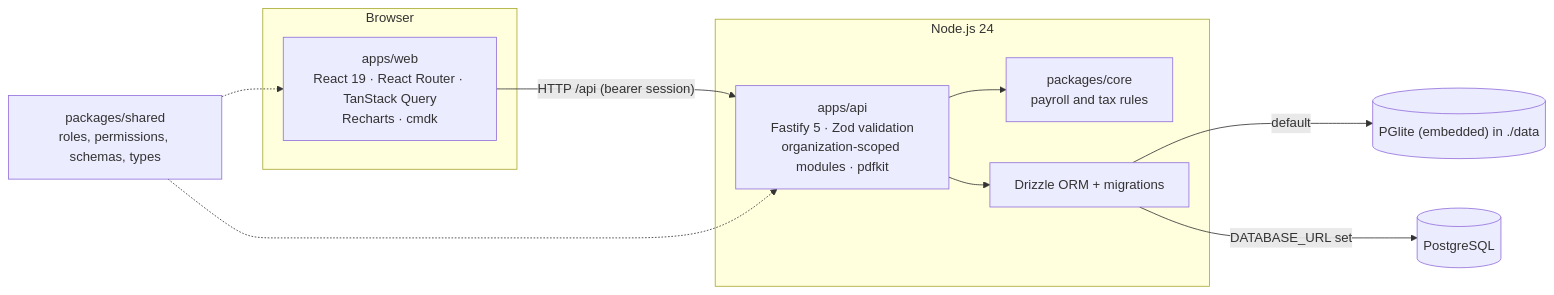
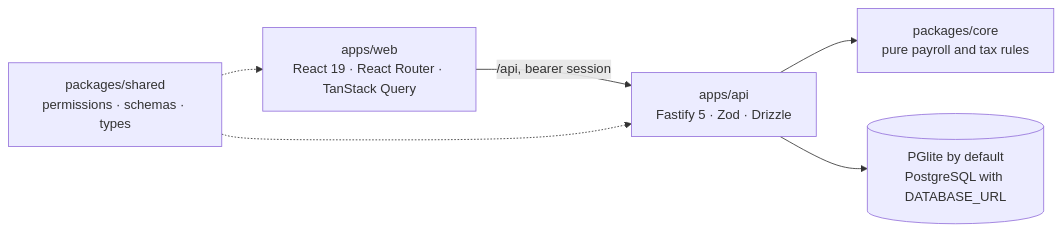
Before and after one commit to mehulp007/PayFlow: the diagram in README.md, drawn with Mermaid. The commit also changed other lines of this file and 7 other files, not shown here.

Commit message:
docs: architecture walkthrough, final README and screenshots

````diff
--- a/README.md
+++ b/README.md
@@ -141,19 +122,8 @@
 ```mermaid
 flowchart LR
-  subgraph Browser
-    Web["apps/web<br/>React 19 · React Router · TanStack Query<br/>Recharts · cmdk"]
-  end
-  subgraph Node["Node.js 24"]
-    API["apps/api<br/>Fastify 5 · Zod validation<br/>organization-scoped modules · pdfkit"]
-    Core["packages/core<br/>payroll and tax rules"]
-    DB["Drizzle ORM + migrations"]
-  end
-  Shared["packages/shared<br/>roles, permissions, schemas, types"]
-  Web -->|"HTTP /api (bearer session)"| API
-  API --> Core
-  API --> DB
-  DB -->|"default"| PGlite[("PGlite (embedded) in ./data")]
-  DB -->|"DATABASE_URL set"| PG[("PostgreSQL")]
-  Shared -.-> Web
+  Web["apps/web<br/>React 19 · React Router · TanStack Query"] -->|"/api, bearer session"| API["apps/api<br/>Fastify 5 · Zod · Drizzle"]
+  API --> Core["packages/core<br/>pure payroll and tax rules"]
+  API --> DB[("PGlite by default<br/>PostgreSQL with DATABASE_URL")]
+  Shared["packages/shared<br/>permissions · schemas · types"] -.-> Web
   Shared -.-> API
 ```
````
